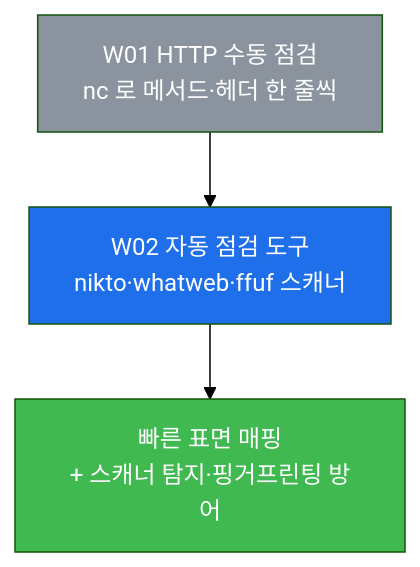
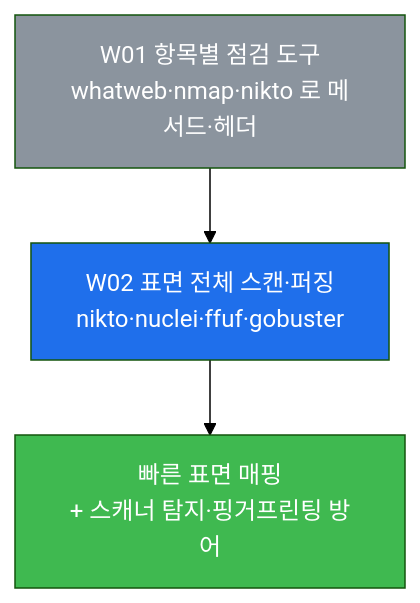
Before and after one commit to mrgrit/tw2: the ninth of 9 diagrams in contents/training/web-vuln/lecture_week01.md, drawn with Mermaid (forest theme). The commit also changed other lines of this file and 25 other files, not shown here.

First line of the commit message:
fix(web-vuln): nc(raw HTTP) → 진짜 공격도구 (sqlmap/dalfox/ffuf/nikto/nuclei/hydra/whatweb)

````diff
--- a/contents/training/web-vuln/lecture_week01.md
+++ b/contents/training/web-vuln/lecture_week01.md
@@ -627,10 +642,10 @@
 ```mermaid
 graph TD
-    W01["W01 HTTP 수동 점검<br/>nc 로 메서드·헤더 한 줄씩"]
-    W02["W02 자동 점검 도구<br/>nikto·whatweb·ffuf 스캐너"]
+    W01["W01 항목별 점검 도구<br/>whatweb·nmap·nikto 로 메서드·헤더"]
+    W02["W02 표면 전체 스캔·퍼징<br/>nikto·nuclei·ffuf·gobuster"]
     NEXT["빠른 표면 매핑<br/>+ 스캐너 탐지·핑거프린팅 방어"]
     W01 --> W02 --> NEXT
     style W01 fill:#8b949e,color:#fff
     style W02 fill:#1f6feb,color:#fff
     style NEXT fill:#3fb950,color:#fff
 ```
````
